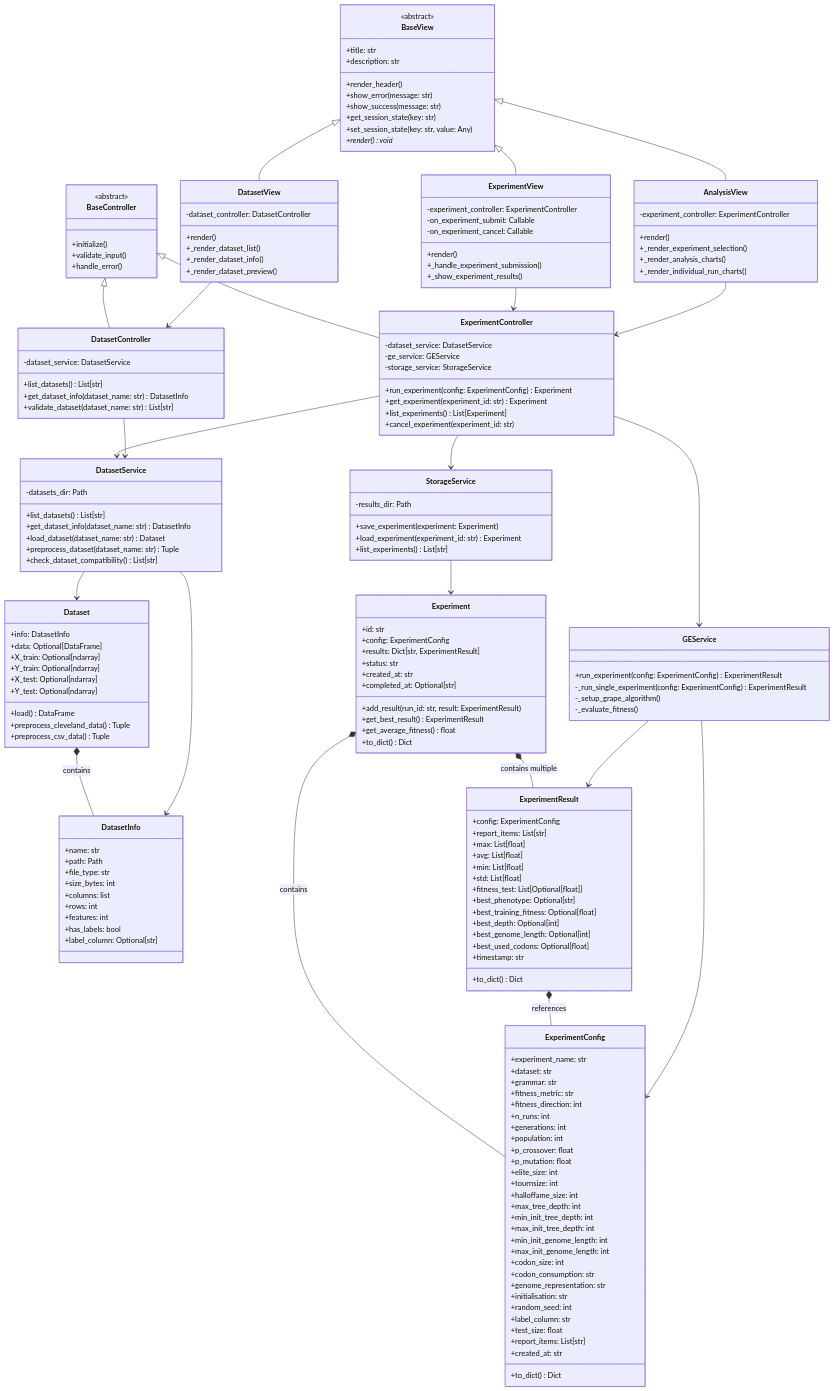
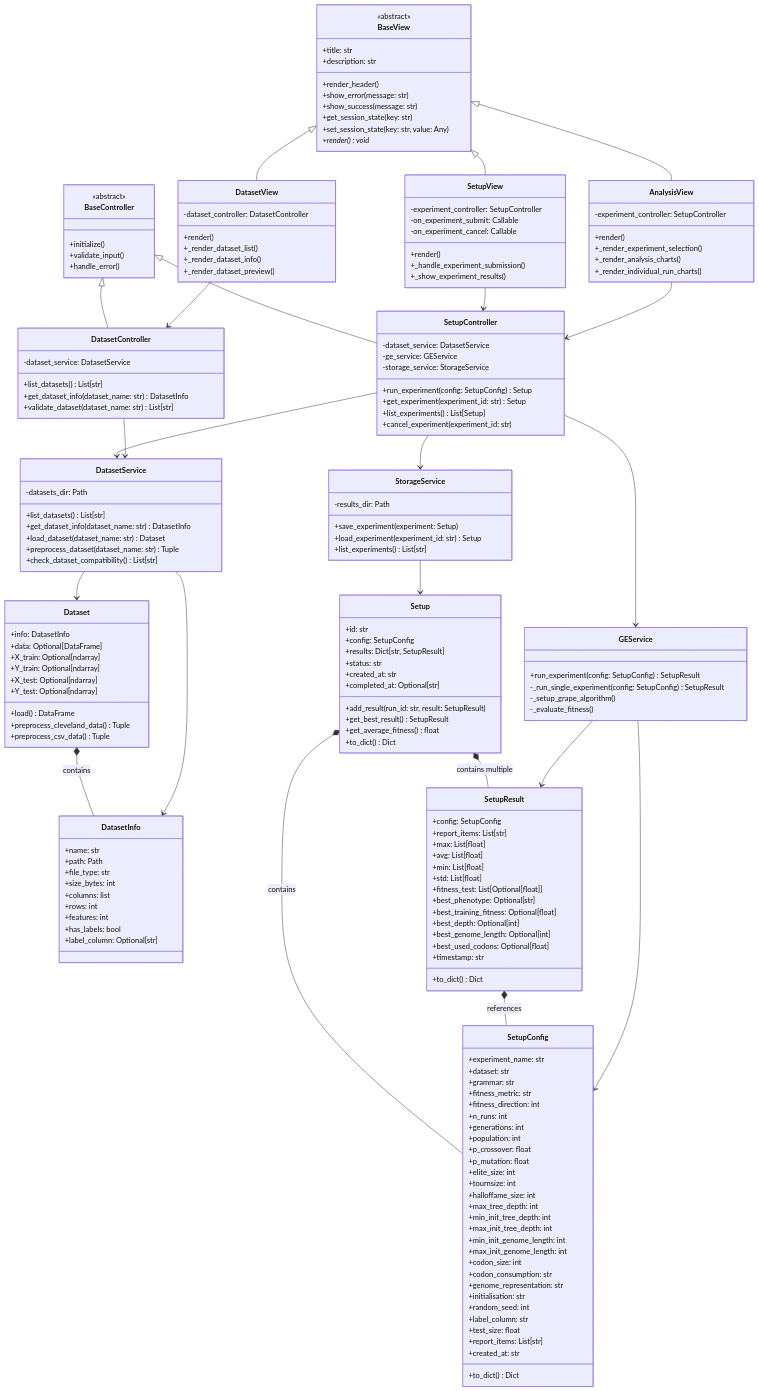
One commit to aghilhooshmand/UGE changed the second of 8 diagrams in ARCHITECTURE_DIAGRAMS.md. Above: the diagram before and after it, drawn with Mermaid. The commit also changed other lines of this file and 24 other files, not shown here.

````diff
--- a/ARCHITECTURE_DIAGRAMS.md
+++ b/ARCHITECTURE_DIAGRAMS.md
@@ -81,8 +81,8 @@
     }
     
     %% View Classes
-    class ExperimentView {
-        -experiment_controller: ExperimentController
+    class SetupView {
+        -experiment_controller: SetupController
         -on_experiment_submit: Callable
         -on_experiment_cancel: Callable
         +render()
@@ -99,7 +99,7 @@
     }
     
     class AnalysisView {
-        -experiment_controller: ExperimentController
+        -experiment_controller: SetupController
         +render()
         +_render_experiment_selection()
         +_render_analysis_charts()
@@ -107,13 +107,13 @@
     }
     
     %% Controller Classes
-    class ExperimentController {
+    class SetupController {
         -dataset_service: DatasetService
         -ge_service: GEService
         -storage_service: StorageService
-        +run_experiment(config: ExperimentConfig) Experiment
-        +get_experiment(experiment_id: str) Experiment
-        +list_experiments() List[Experiment]
+        +run_experiment(config: SetupConfig) Setup
+        +get_experiment(experiment_id: str) Setup
+        +list_experiments() List[Setup]
         +cancel_experiment(experiment_id: str)
     }
     
@@ -126,8 +126,8 @@
     
     %% Service Classes
     class GEService {
-        +run_experiment(config: ExperimentConfig) ExperimentResult
-        -_run_single_experiment(config: ExperimentConfig) ExperimentResult
+        +run_experiment(config: SetupConfig) SetupResult
+        -_run_single_experiment(config: SetupConfig) SetupResult
         -_setup_grape_algorithm()
         -_evaluate_fitness()
     }
@@ -143,8 +143,8 @@
     
     class StorageService {
         -results_dir: Path
-        +save_experiment(experiment: Experiment)
-        +load_experiment(experiment_id: str) Experiment
+        +save_experiment(experiment: Setup)
+        +load_experiment(experiment_id: str) Setup
         +list_experiments() List[str]
     }
     
@@ -173,7 +173,7 @@
         +preprocess_csv_data() Tuple
     }
     
-    class ExperimentConfig {
+    class SetupConfig {
         +experiment_name: str
         +dataset: str
         +grammar: str
@@ -204,8 +204,8 @@
         +to_dict() Dict
     }
     
-    class ExperimentResult {
-        +config: ExperimentConfig
+    class SetupResult {
+        +config: SetupConfig
         +report_items: List[str]
         +max: List[float]
         +avg: List[float]
@@ -221,43 +221,43 @@
         +to_dict() Dict
     }
     
-    class Experiment {
+    class Setup {
         +id: str
-        +config: ExperimentConfig
-        +results: Dict[str, ExperimentResult]
+        +config: SetupConfig
+        +results: Dict[str, SetupResult]
         +status: str
         +created_at: str
         +completed_at: Optional[str]
-        +add_result(run_id: str, result: ExperimentResult)
-        +get_best_result() ExperimentResult
+        +add_result(run_id: str, result: SetupResult)
+        +get_best_result() SetupResult
         +get_average_fitness() float
         +to_dict() Dict
     }
     
     %% Inheritance Relationships
-    BaseView <|-- ExperimentView
+    BaseView <|-- SetupView
     BaseView <|-- DatasetView
     BaseView <|-- AnalysisView
-    BaseController <|-- ExperimentController
+    BaseController <|-- SetupController
     BaseController <|-- DatasetController
     
     %% Composition Relationships
     Dataset *-- DatasetInfo : contains
-    Experiment *-- ExperimentConfig : contains
-    Experiment *-- ExperimentResult : contains multiple
-    ExperimentResult *-- ExperimentConfig : references
+    Setup *-- SetupConfig : contains
+    Setup *-- SetupResult : contains multiple
+    SetupResult *-- SetupConfig : references
     
     %% Dependency Relationships
-    ExperimentView --> ExperimentController
+    SetupView --> SetupController
     DatasetView --> DatasetController
-    AnalysisView --> ExperimentController
-    ExperimentController --> GEService
-    ExperimentController --> DatasetService
-    ExperimentController --> StorageService
+    AnalysisView --> SetupController
+    SetupController --> GEService
+    SetupController --> DatasetService
+    SetupController --> StorageService
     DatasetController --> DatasetService
-    GEService --> ExperimentConfig
-    GEService --> ExperimentResult
+    GEService --> SetupConfig
+    GEService --> SetupResult
     DatasetService --> Dataset
     DatasetService --> DatasetInfo
-    StorageService --> Experiment
+    StorageService --> Setup
 ```
````
